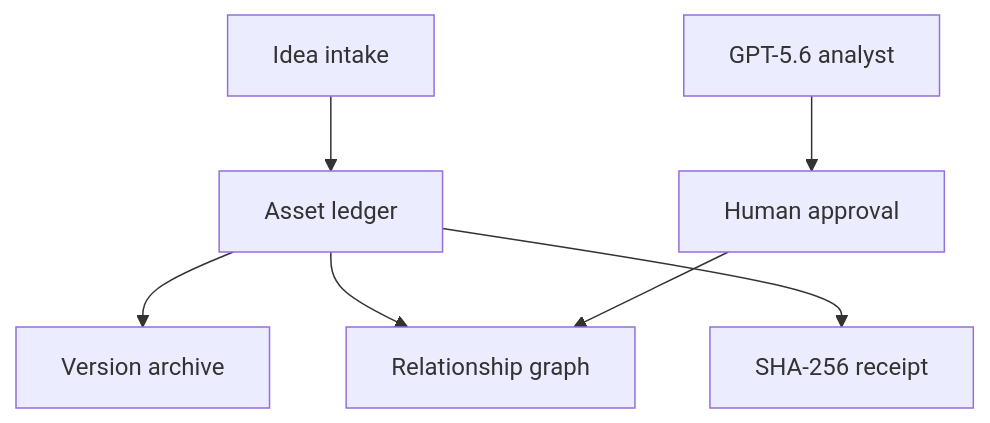
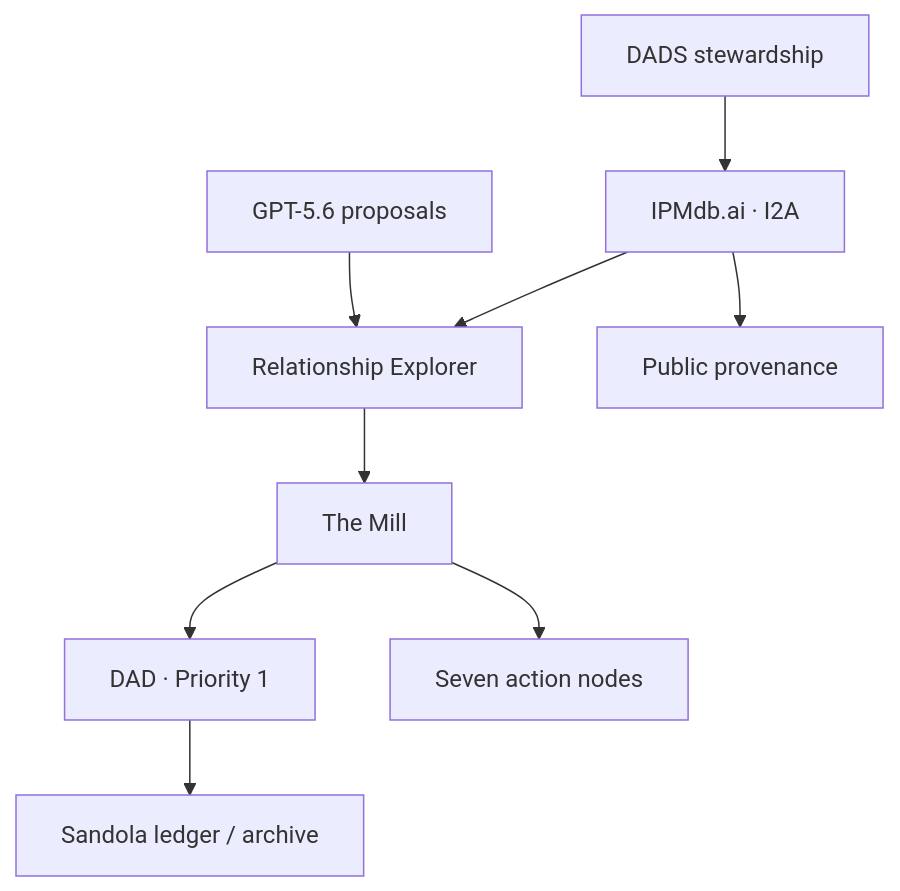
One commit to ajfisherco/Ipmdb changed the diagram in README.md. Above: the diagram before and after it, drawn with Mermaid. The commit also changed other lines of this file and 38 other files, not shown here.

````diff
--- a/README.md
+++ b/README.md
@@ -82,9 +15,11 @@
 ```mermaid
 flowchart TD
-    A["Idea intake"] --> B["Asset ledger"]
-    B --> C["Version archive"]
-    B --> D["Relationship graph"]
-    B --> E["SHA-256 receipt"]
-    F["GPT-5.6 analyst"] --> G["Human approval"]
-    G --> D
+    A["DADS stewardship"] --> B["IPMdb.ai · I2A"]
+    B --> C["Relationship Explorer"]
+    C --> D["The Mill"]
+    D --> E["DAD · Priority 1"]
+    D --> F["Seven action nodes"]
+    E --> G["Sandola ledger / archive"]
+    H["GPT-5.6 proposals"] --> C
+    B --> I["Public provenance"]
 ```
````
